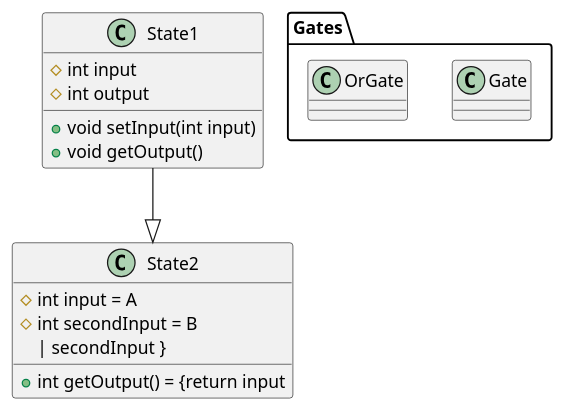
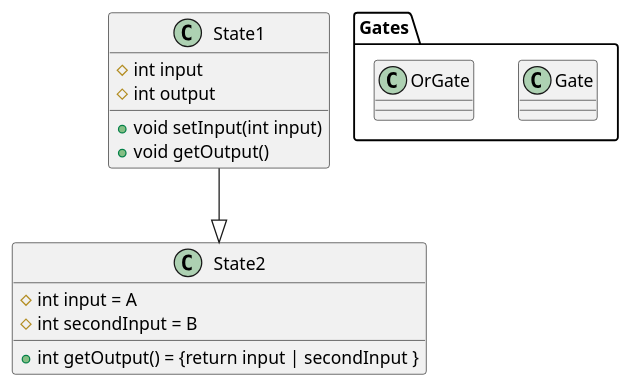
One commit to sevenseasofbri/tp changed the diagram in docs/diagrams/OrGateClassDiagram.puml. Above: the diagram before and after it, drawn with PlantUML. The commit also changed 2 other files, not shown here.

Commit message:
Changes to OrGate UML Class Diagram

```diff
--- a/docs/diagrams/OrGateClassDiagram.puml
+++ b/docs/diagrams/OrGateClassDiagram.puml
@@ -1,23 +1,22 @@
 @startuml
 package Gates {
     class "Gate" as State1
     class "OrGate" as State3
 }
 
 class State1 {
     # int input
     # int output
     + void setInput(int input)
     + void getOutput()
 }
 
 class State2 {
     # int input = A
     # int secondInput = B
-    + int getOutput() = {return input
-| secondInput }
+    + int getOutput() = {return input | secondInput }
 
 }
 
 State1 --|> State2
 @enduml
```
